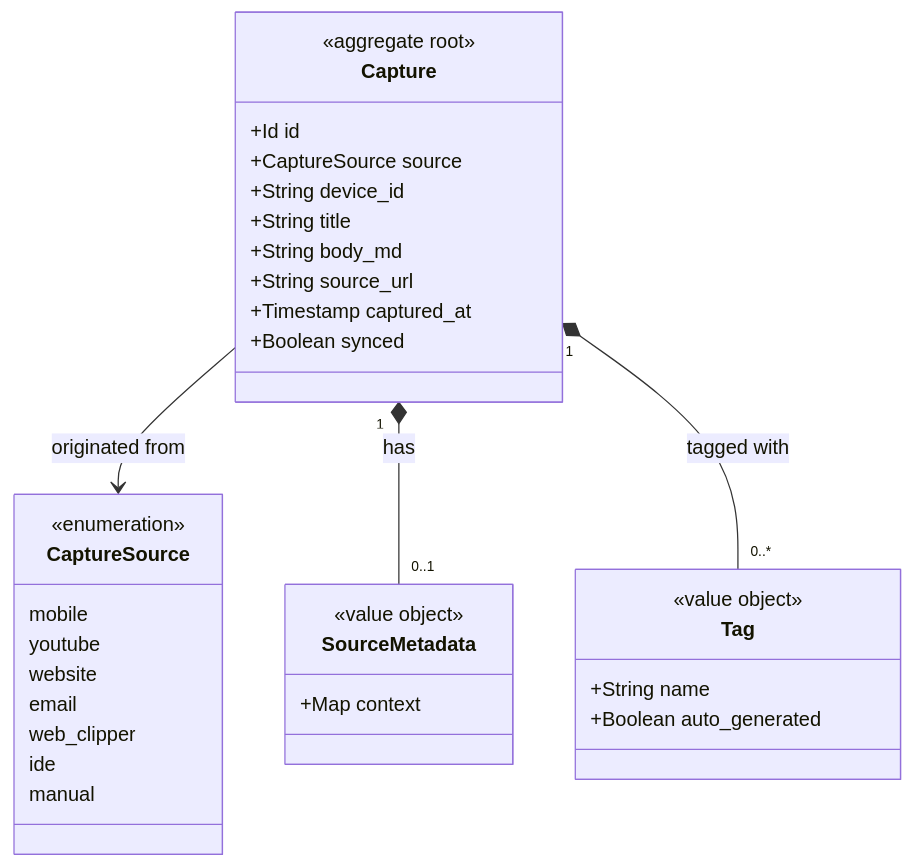
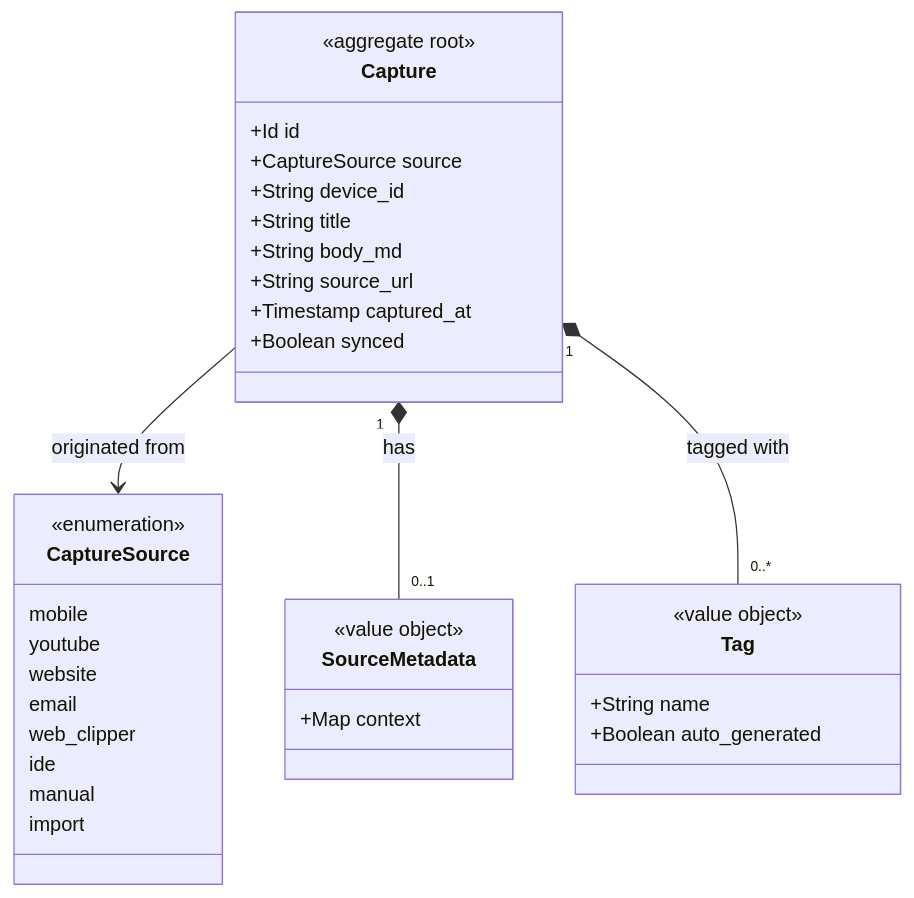
One commit to JSdotNet/Backlog changed the diagram in .devbook/domain/capture/model.md. Above: the diagram before and after it, drawn with Mermaid. The commit also changed 7 other files, not shown here.

````diff
--- a/.devbook/domain/capture/model.md
+++ b/.devbook/domain/capture/model.md
@@ -15,37 +15,38 @@
 ```mermaid
 classDiagram
     class Capture {
         <<aggregate root>>
         +Id id
         +CaptureSource source
         +String device_id
         +String title
         +String body_md
         +String source_url
         +Timestamp captured_at
         +Boolean synced
     }
     class SourceMetadata {
         <<value object>>
         +Map context
     }
     class Tag {
         <<value object>>
         +String name
         +Boolean auto_generated
     }
     class CaptureSource {
         <<enumeration>>
         mobile
         youtube
         website
         email
         web_clipper
         ide
         manual
+        import
     }
 
     Capture --> CaptureSource : originated from
     Capture "1" *-- "0..1" SourceMetadata : has
     Capture "1" *-- "0..*" Tag : tagged with
 ```
````
